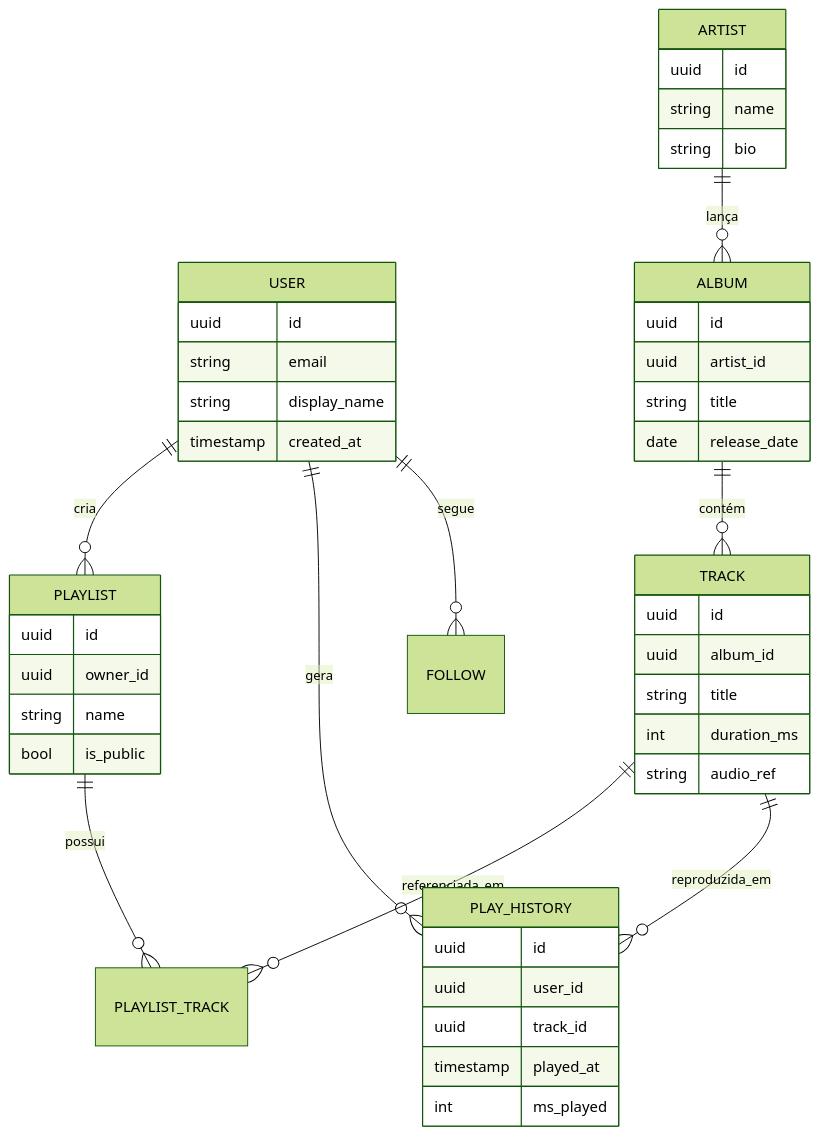
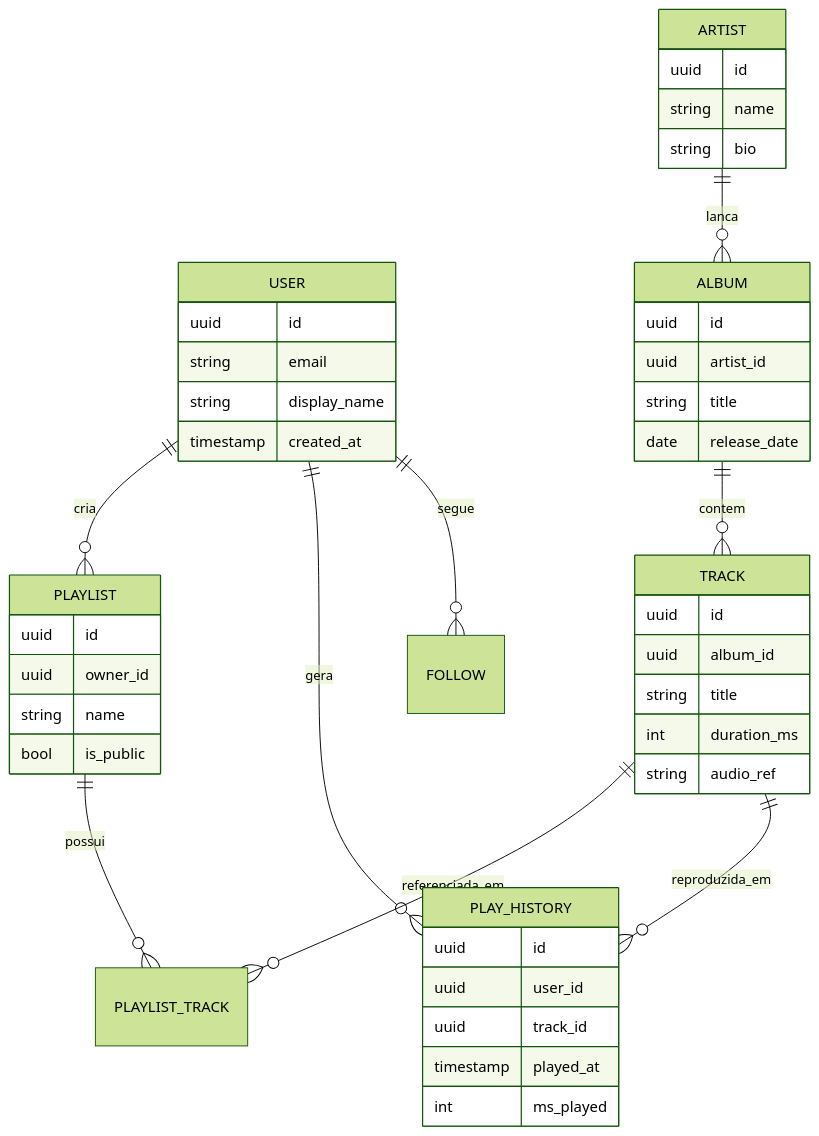
One commit to gabrielteramae/arquitetando-spotify changed the second of 3 diagrams in README.md. Above: the diagram before and after it, drawn with Mermaid (forest theme). The commit also changed other lines of this file, not shown here.

````diff
--- a/README.md
+++ b/README.md
@@ -109,49 +134,49 @@
 ```mermaid
 erDiagram
     USER ||--o{ PLAYLIST : cria
     USER ||--o{ PLAY_HISTORY : gera
     USER ||--o{ FOLLOW : segue
-    ARTIST ||--o{ ALBUM : lança
-    ALBUM ||--o{ TRACK : contém
+    ARTIST ||--o{ ALBUM : lanca
+    ALBUM ||--o{ TRACK : contem
     PLAYLIST ||--o{ PLAYLIST_TRACK : possui
     TRACK ||--o{ PLAYLIST_TRACK : referenciada_em
     TRACK ||--o{ PLAY_HISTORY : reproduzida_em
 
     USER {
         uuid id
         string email
         string display_name
         timestamp created_at
     }
     ARTIST {
         uuid id
         string name
         string bio
     }
     ALBUM {
         uuid id
         uuid artist_id
         string title
         date release_date
     }
     TRACK {
         uuid id
         uuid album_id
         string title
         int duration_ms
         string audio_ref
     }
     PLAYLIST {
         uuid id
         uuid owner_id
         string name
         bool is_public
     }
     PLAY_HISTORY {
         uuid id
         uuid user_id
         uuid track_id
         timestamp played_at
         int ms_played
     }
 ```
````
